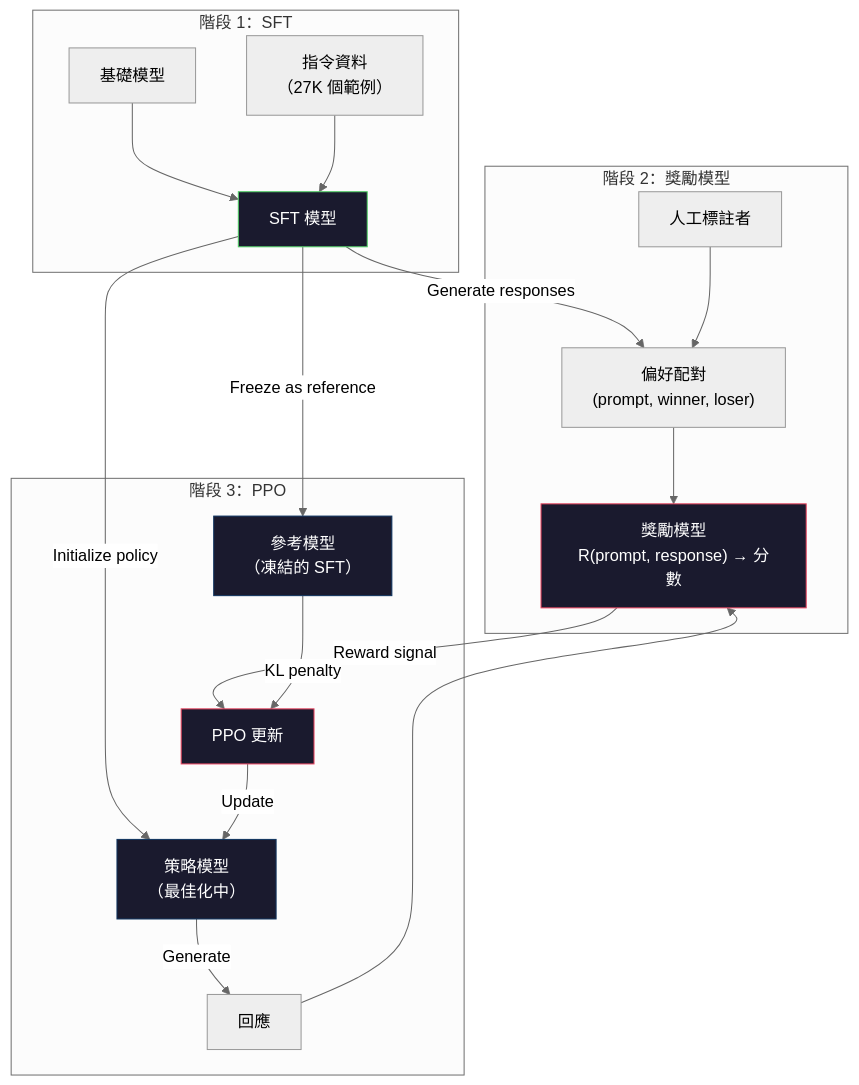
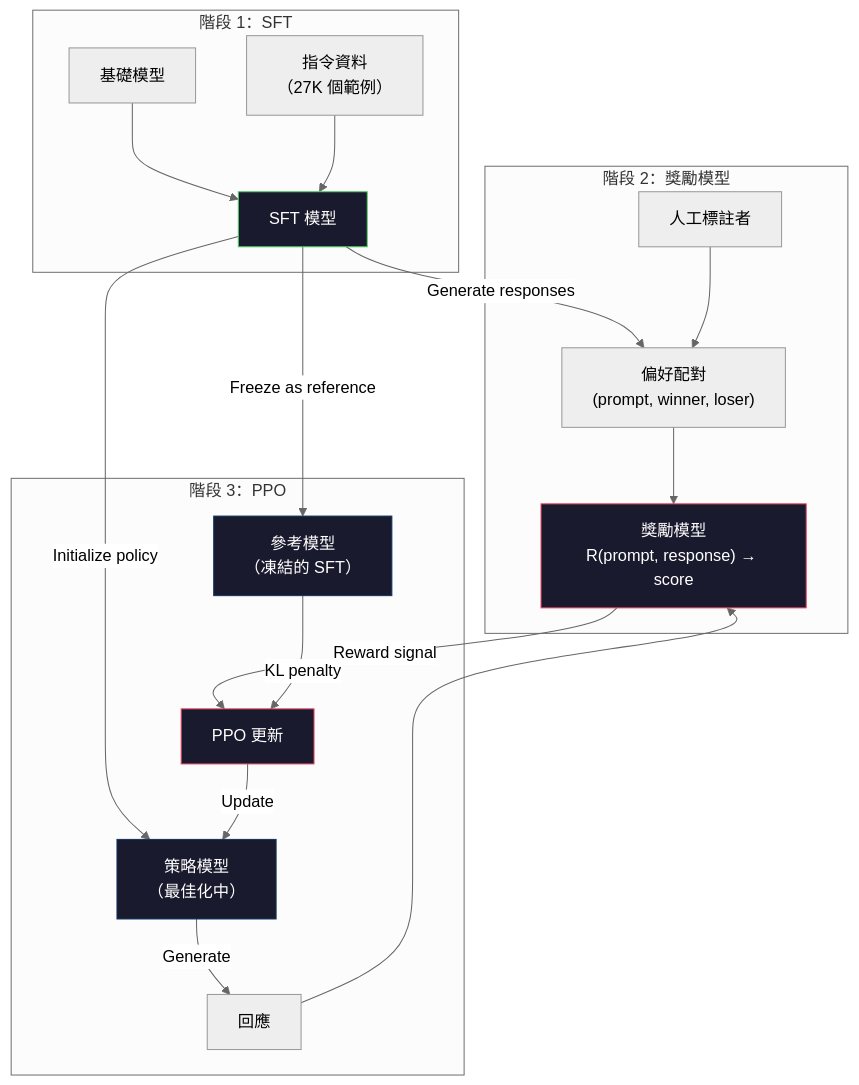
Before and after one commit to edward821220/ai-engineering-from-scratch: the first of 2 diagrams in i18n/zh-TW/phases/10-llms-from-scratch/07-rlhf/docs/zh-TW.md, drawn with Mermaid (neutral theme). The commit also changed 6 other files, not shown here.

````diff
--- a/i18n/zh-TW/phases/10-llms-from-scratch/07-rlhf/docs/zh-TW.md
+++ b/i18n/zh-TW/phases/10-llms-from-scratch/07-rlhf/docs/zh-TW.md
@@ -43,29 +43,29 @@
 ```mermaid
 graph TD
     subgraph Stage1["階段 1：SFT"]
         B["基礎模型"] --> S["SFT 模型"]
         D["指令資料\n（27K 個範例）"] --> S
     end
 
     subgraph Stage2["階段 2：獎勵模型"]
         S --> |"Generate responses"| P["偏好配對\n(prompt, winner, loser)"]
         H["人工標註者"] --> P
-        P --> R["獎勵模型\nR(prompt, response) → 分數"]
+        P --> R["獎勵模型\nR(prompt, response) → score"]
     end
 
     subgraph Stage3["階段 3：PPO"]
         S --> |"Initialize policy"| PI["策略模型\n（最佳化中）"]
         S --> |"Freeze as reference"| REF["參考模型\n（凍結的 SFT）"]
         PI --> |"Generate"| RESP["回應"]
         RESP --> R
         R --> |"Reward signal"| PPO["PPO 更新"]
         REF --> |"KL penalty"| PPO
         PPO --> |"Update"| PI
     end
 
     style S fill:#1a1a2e,stroke:#51cf66,color:#fff
     style R fill:#1a1a2e,stroke:#e94560,color:#fff
     style PI fill:#1a1a2e,stroke:#0f3460,color:#fff
     style REF fill:#1a1a2e,stroke:#0f3460,color:#fff
     style PPO fill:#1a1a2e,stroke:#e94560,color:#fff
 ```
````
